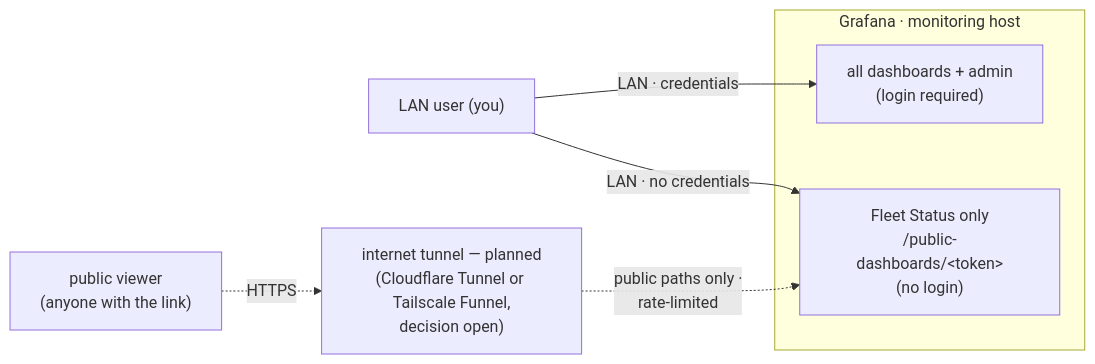
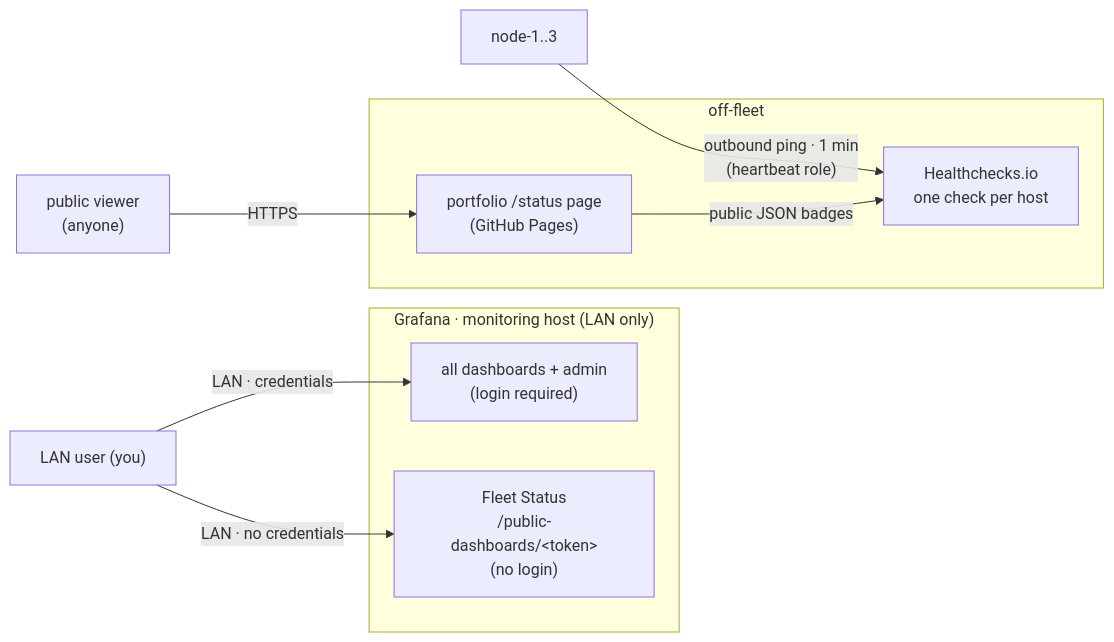
One commit to ZalakBhojani/homelab changed the third of 3 diagrams in docs/architecture.md. Above: the diagram before and after it, drawn with Mermaid. The commit also changed other lines of this file and 5 other files, not shown here.

First line of the commit message:
Add off-fleet status heartbeats (dead-man's switch)

````diff
--- a/docs/architecture.md
+++ b/docs/architecture.md
@@ -88,17 +90,22 @@
 ```mermaid
 flowchart LR
   you["LAN user (you)"]
-  world["public viewer<br/>(anyone with the link)"]
+  world["public viewer<br/>(anyone)"]
+  nodes["node-1..3"]
 
-  subgraph g["Grafana · monitoring host"]
+  subgraph g["Grafana · monitoring host (LAN only)"]
     private["all dashboards + admin<br/>(login required)"]
-    fleet["Fleet Status only<br/>/public-dashboards/&lt;token&gt;<br/>(no login)"]
+    fleet["Fleet Status<br/>/public-dashboards/&lt;token&gt;<br/>(no login)"]
   end
 
-  tunnel["internet tunnel — planned<br/>(Cloudflare Tunnel or Tailscale Funnel,<br/>decision open)"]
+  subgraph off["off-fleet"]
+    hc["Healthchecks.io<br/>one check per host"]
+    status["portfolio /status page<br/>(GitHub Pages)"]
+  end
 
   you -->|"LAN · credentials"| private
   you -->|"LAN · no credentials"| fleet
-  world -.->|HTTPS| tunnel
-  tunnel -.->|"public paths only ·<br/>rate-limited"| fleet
+  nodes -->|"outbound ping · 1 min<br/>(heartbeat role)"| hc
+  status -->|"public JSON badges"| hc
+  world -->|HTTPS| status
 ```
````
